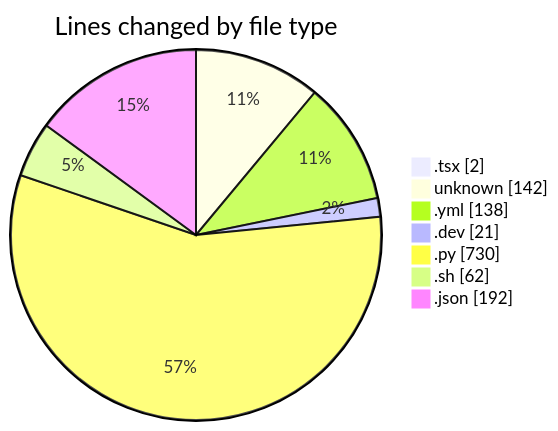
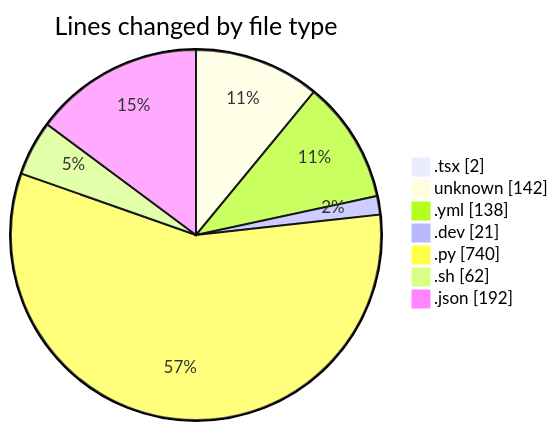
The first of 2 diagrams in 2025-05-18/niten/README.md (Elitesun/code-tracking), drawn with Mermaid before and after one commit. The commit also changed other lines of this file and 1 other file, not shown here.

````diff
--- a/2025-05-18/niten/README.md
+++ b/2025-05-18/niten/README.md
@@ -30,11 +31,11 @@
 ```mermaid
 pie showData
 title Lines changed by file type
 ".tsx" : 2
 "unknown" : 142
 ".yml" : 138
 ".dev" : 21
-".py" : 730
+".py" : 740
 ".sh" : 62
 ".json" : 192
 ```
````
